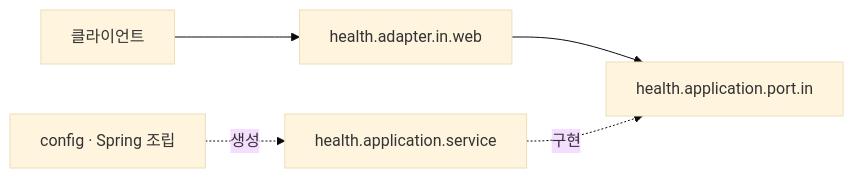
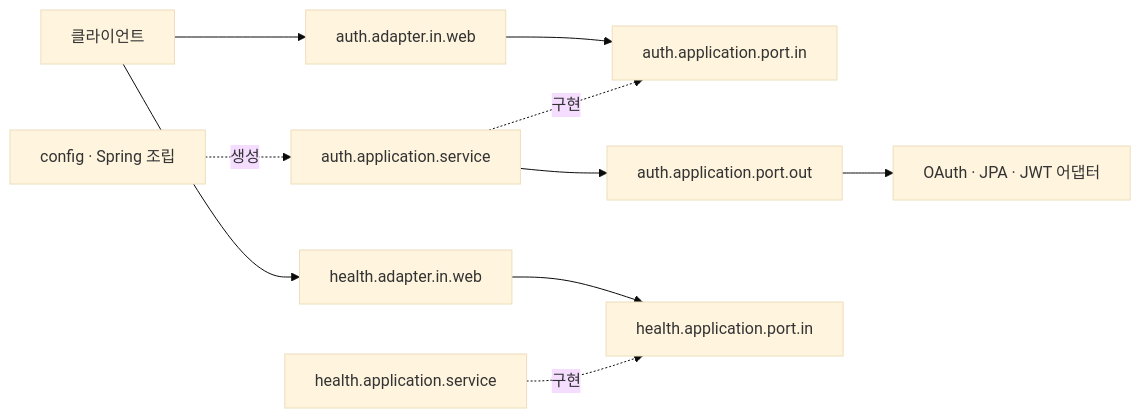
The diagram in docs/architecture.md (2026Ganzi-Thon/2026_GANZITHON_TEAM_07_BE), drawn with Mermaid (base theme) before and after one commit. The commit also changed other lines of this file and 49 other files, not shown here.

````diff
--- a/docs/architecture.md
+++ b/docs/architecture.md
@@ -9,7 +9,12 @@
 ```mermaid
 flowchart LR
-    Client[클라이언트] --> Web[health.adapter.in.web]
-    Web --> Port[health.application.port.in]
-    Service[health.application.service] -. 구현 .-> Port
-    Config[config · Spring 조립] -. 생성 .-> Service
+    Client[클라이언트] --> AuthWeb[auth.adapter.in.web]
+    Client --> HealthWeb[health.adapter.in.web]
+    AuthWeb --> AuthPort[auth.application.port.in]
+    AuthService[auth.application.service] -. 구현 .-> AuthPort
+    AuthService --> AuthOut[auth.application.port.out]
+    AuthOut --> Adapters[OAuth · JPA · JWT 어댑터]
+    HealthWeb --> HealthPort[health.application.port.in]
+    HealthService[health.application.service] -. 구현 .-> HealthPort
+    Config[config · Spring 조립] -. 생성 .-> AuthService
 ```
````
